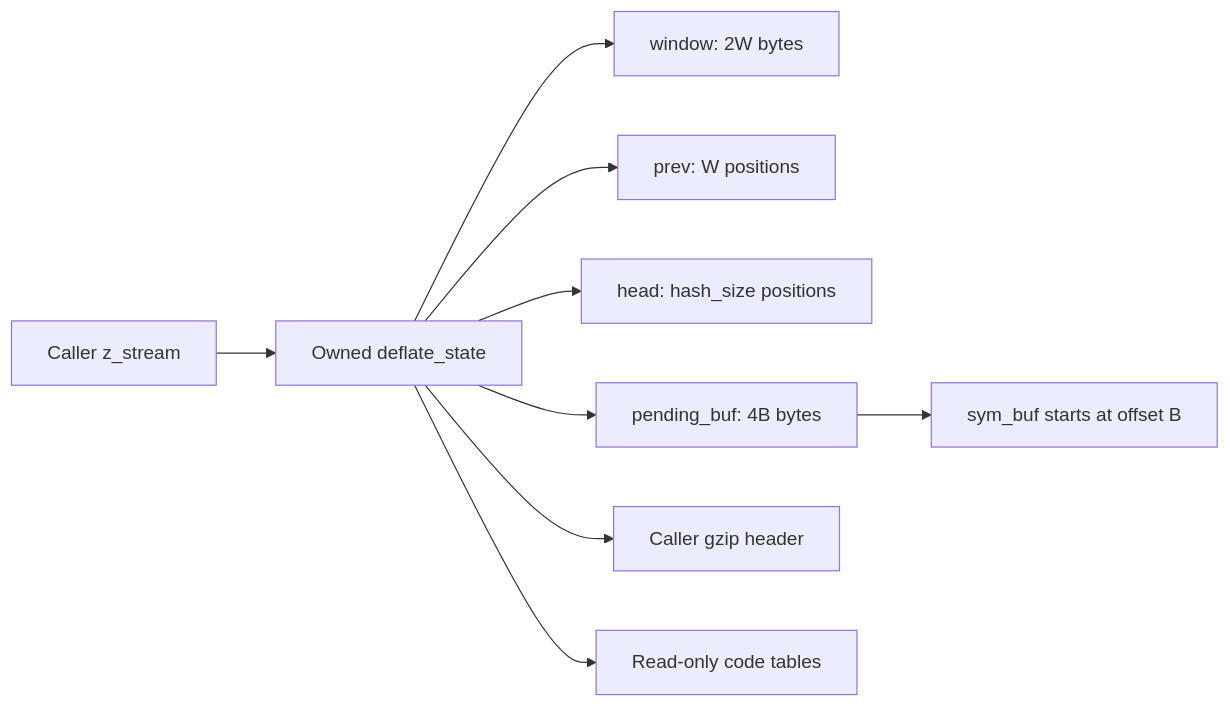
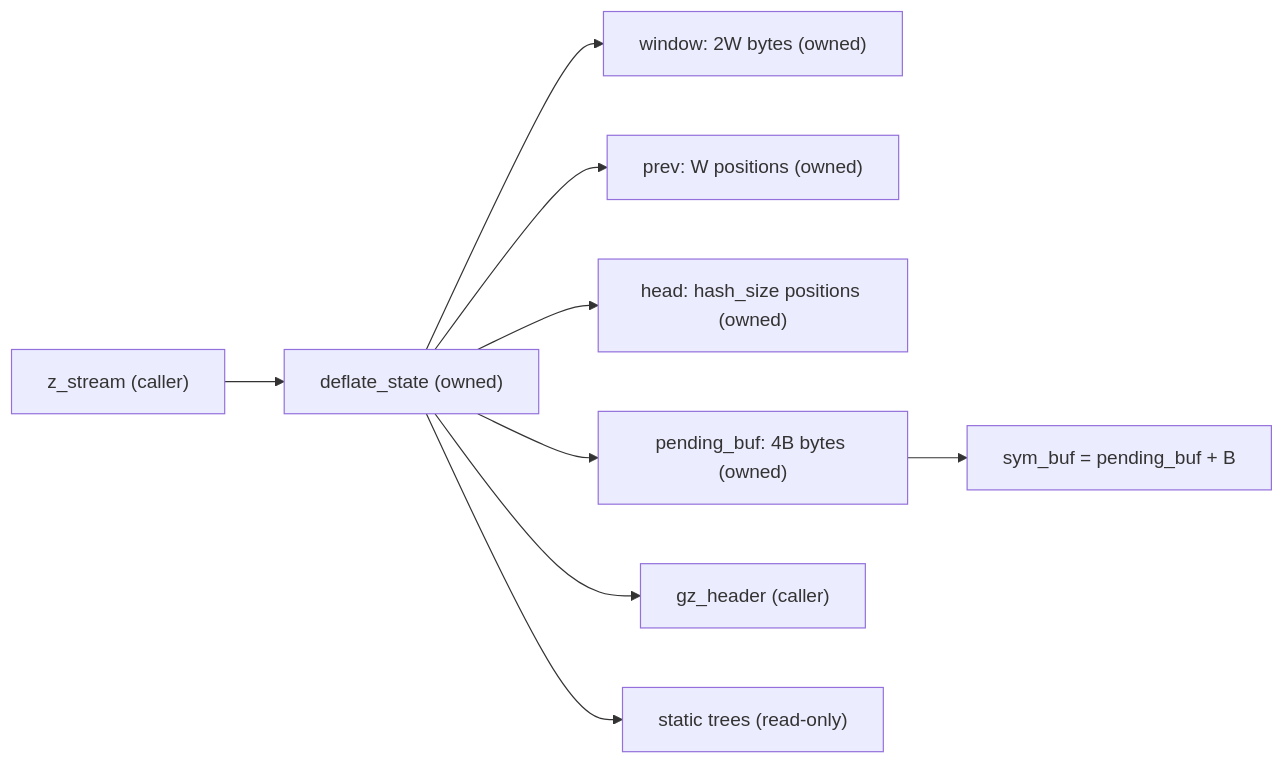
Before and after one commit to cla7aye15I4nd/oss-proof: the first of 3 diagrams in docs/proof/deflate.md, drawn with Mermaid. The commit also changed other lines of this file and 7 other files, not shown here.

````diff
--- a/docs/proof/deflate.md
+++ b/docs/proof/deflate.md
@@ -112,11 +85,11 @@
 ```mermaid
 flowchart LR
-    Stream["Caller z_stream"] --> State["Owned deflate_state"]
-    State --> Window["window: 2W bytes"]
-    State --> Prev["prev: W positions"]
-    State --> Head["head: hash_size positions"]
-    State --> Pending["pending_buf: 4B bytes"]
-    Pending --> Symbols["sym_buf starts at offset B"]
-    State --> Header["Caller gzip header"]
-    State --> Tables["Read-only code tables"]
+    Stream["z_stream (caller)"] --> State["deflate_state (owned)"]
+    State --> Window["window: 2W bytes (owned)"]
+    State --> Prev["prev: W positions (owned)"]
+    State --> Head["head: hash_size positions (owned)"]
+    State --> Pending["pending_buf: 4B bytes (owned)"]
+    Pending --> Symbols["sym_buf = pending_buf + B"]
+    State --> Header["gz_header (caller)"]
+    State --> Tables["static trees (read-only)"]
 ```
````
